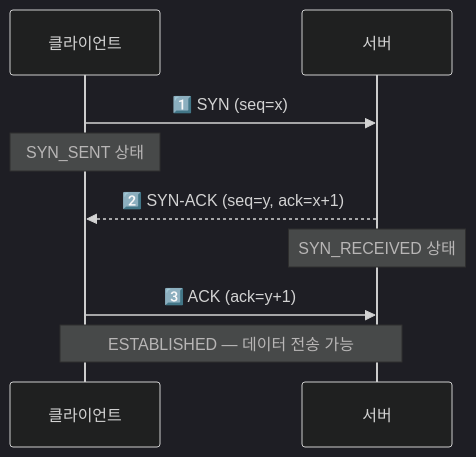
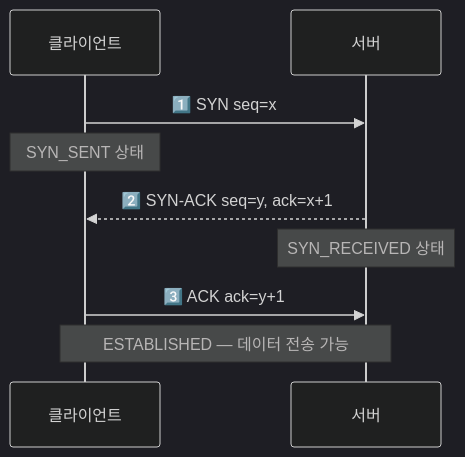
The first of 6 diagrams in _posts/network/2026-05-03-tcp-udp-deep.md (yjkim2015/yjkim2015.github.io), drawn with Mermaid (dark theme) before and after one commit. The commit also changed other lines of this file and 85 other files, not shown here.

First line of the commit message:
sequenceDiagram 문법 에러 2차 수정 169개 (86파일)

````diff
--- a/_posts/network/2026-05-03-tcp-udp-deep.md
+++ b/_posts/network/2026-05-03-tcp-udp-deep.md
@@ -59,11 +59,11 @@
 ```mermaid
 sequenceDiagram
     participant C as 클라이언트
     participant S as 서버
-    C->>S: 1️⃣ SYN (seq=x)
+    C->>S: 1️⃣ SYN seq=x
     Note over C: SYN_SENT 상태
-    S-->>C: 2️⃣ SYN-ACK (seq=y, ack=x+1)
+    S-->>C: 2️⃣ SYN-ACK seq=y, ack=x+1
     Note over S: SYN_RECEIVED 상태
-    C->>S: 3️⃣ ACK (ack=y+1)
+    C->>S: 3️⃣ ACK ack=y+1
     Note over C,S: ESTABLISHED — 데이터 전송 가능
 ```
````
